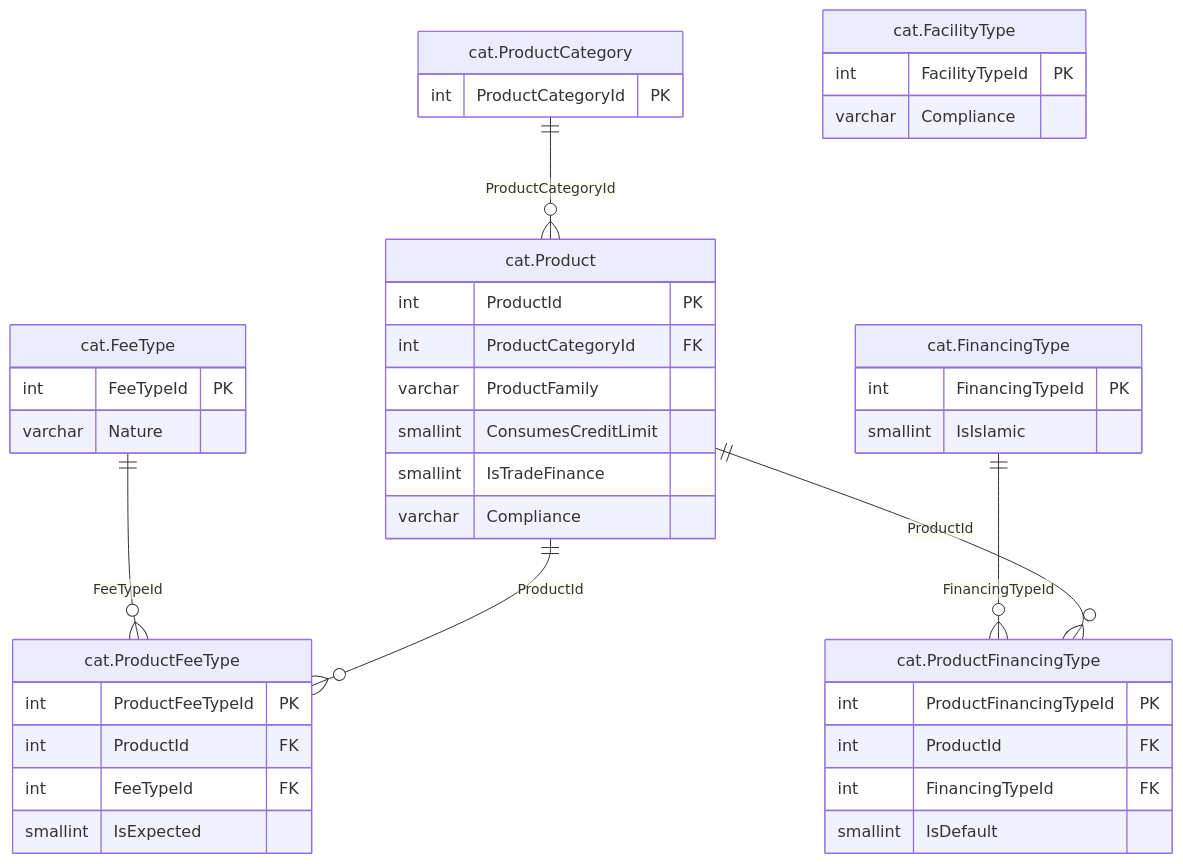
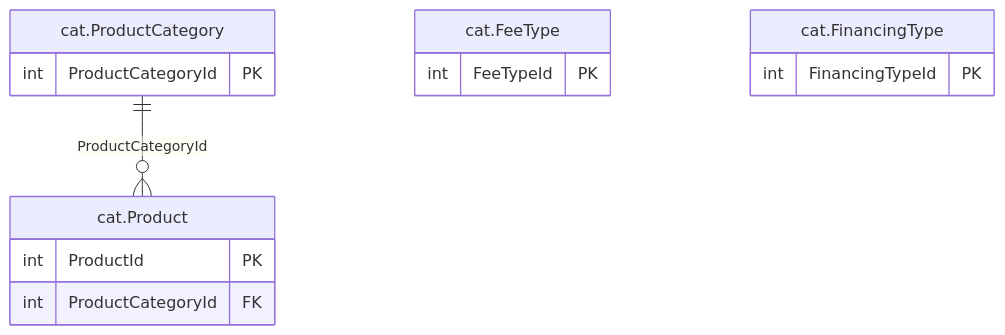
One commit to thawrasy/smartlines changed the diagram in treasury-platform/docs/diagrams/erd/m4_products_1.mmd. Above: the diagram before and after it, drawn with Mermaid. The commit also changed 230 other files, not shown here.

First line of the commit message:
Rework the ERD Word document after design-review findings

```diff
--- a/treasury-platform/docs/diagrams/erd/m4_products_1.mmd
+++ b/treasury-platform/docs/diagrams/erd/m4_products_1.mmd
@@ -1,42 +1,16 @@
-%% م4 · المنتجات والرسوم والتمويل والضمانات (1/2) — Products, fees, financing & collateral types
+%% م4 · المنتجات والرسوم والتمويل والضمانات (1/3) — Products, fees, financing & collateral types
 erDiagram
   cat_ProductCategory["cat.ProductCategory"] {
     int ProductCategoryId PK
   }
   cat_Product["cat.Product"] {
     int ProductId PK
     int ProductCategoryId FK
-    varchar ProductFamily
-    smallint ConsumesCreditLimit
-    smallint IsTradeFinance
-    varchar Compliance
   }
   cat_FeeType["cat.FeeType"] {
     int FeeTypeId PK
-    varchar Nature
   }
   cat_FinancingType["cat.FinancingType"] {
     int FinancingTypeId PK
-    smallint IsIslamic
   }
-  cat_ProductFeeType["cat.ProductFeeType"] {
-    int ProductFeeTypeId PK
-    int ProductId FK
-    int FeeTypeId FK
-    smallint IsExpected
-  }
-  cat_ProductFinancingType["cat.ProductFinancingType"] {
-    int ProductFinancingTypeId PK
-    int ProductId FK
-    int FinancingTypeId FK
-    smallint IsDefault
-  }
-  cat_FacilityType["cat.FacilityType"] {
-    int FacilityTypeId PK
-    varchar Compliance
-  }
-  cat_FeeType ||--o{ cat_ProductFeeType : "FeeTypeId"
-  cat_FinancingType ||--o{ cat_ProductFinancingType : "FinancingTypeId"
-  cat_Product ||--o{ cat_ProductFeeType : "ProductId"
-  cat_Product ||--o{ cat_ProductFinancingType : "ProductId"
   cat_ProductCategory ||--o{ cat_Product : "ProductCategoryId"
```
